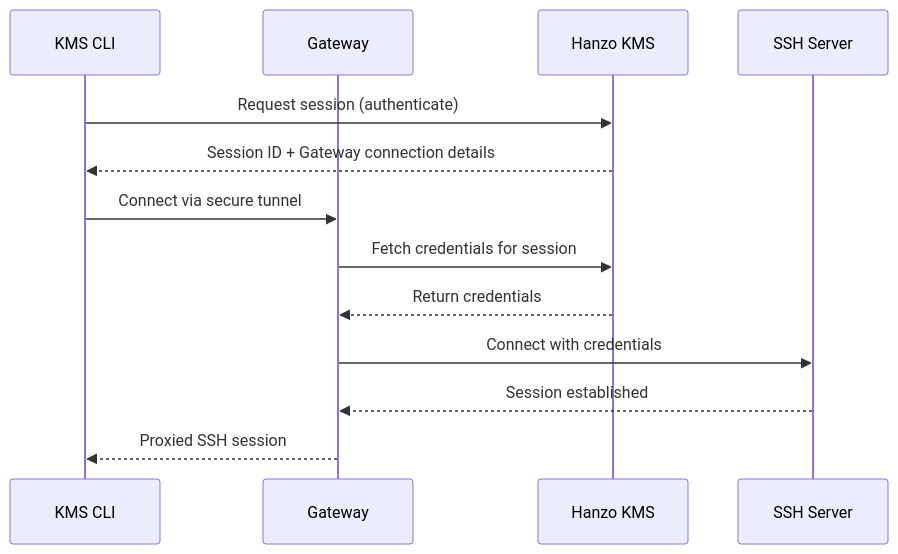
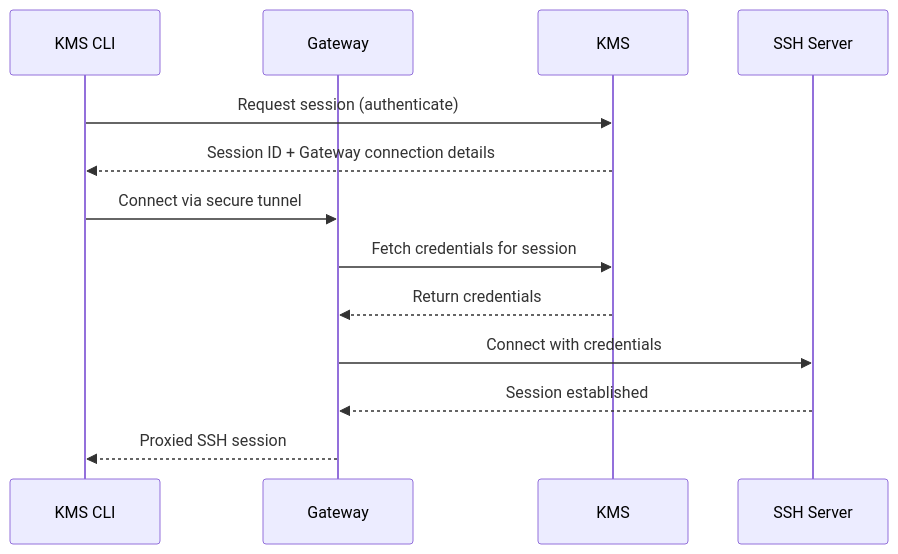
The first of 2 diagrams in docs/documentation/platform/pam/getting-started/resources/ssh.mdx (hanzoai/kms), drawn with Mermaid before and after one commit. The commit also changed other lines of this file and 855 other files, not shown here.

````diff
--- a/docs/documentation/platform/pam/getting-started/resources/ssh.mdx
+++ b/docs/documentation/platform/pam/getting-started/resources/ssh.mdx
@@ -13,16 +13,16 @@
 ```mermaid
 sequenceDiagram
     participant CLI as KMS CLI
     participant Gateway
-    participant Hanzo KMS
+    participant KMS
     participant SSH as SSH Server
 
-    CLI->>Hanzo KMS: Request session (authenticate)
-    Hanzo KMS-->>CLI: Session ID + Gateway connection details
+    CLI->>KMS: Request session (authenticate)
+    KMS-->>CLI: Session ID + Gateway connection details
     CLI->>Gateway: Connect via secure tunnel
-    Gateway->>Hanzo KMS: Fetch credentials for session
-    Hanzo KMS-->>Gateway: Return credentials
+    Gateway->>KMS: Fetch credentials for session
+    KMS-->>Gateway: Return credentials
     Gateway->>SSH: Connect with credentials
     SSH-->>Gateway: Session established
     Gateway-->>CLI: Proxied SSH session
 ```
````
